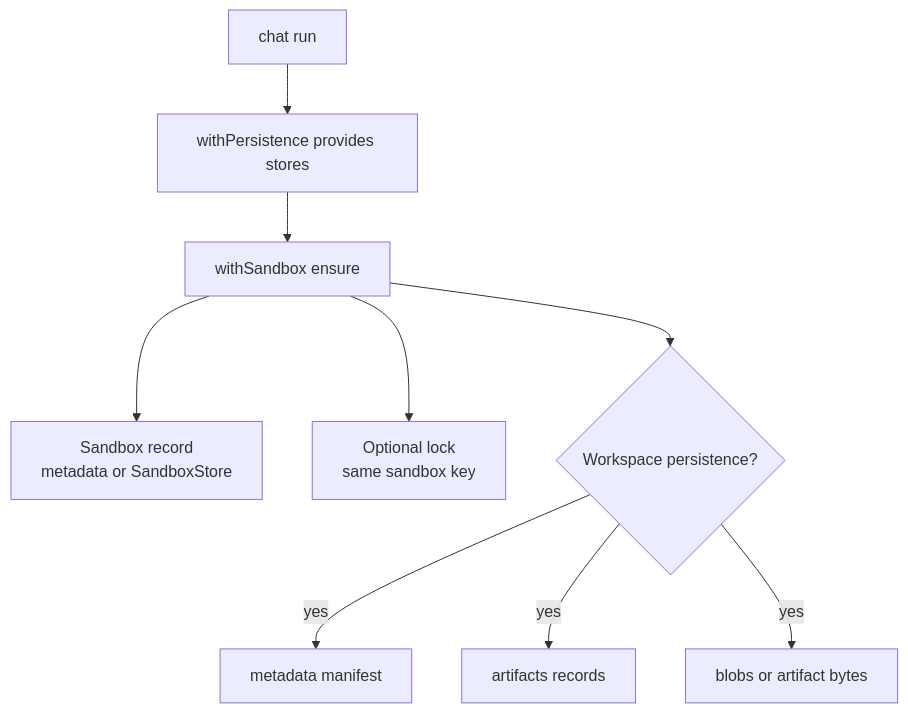
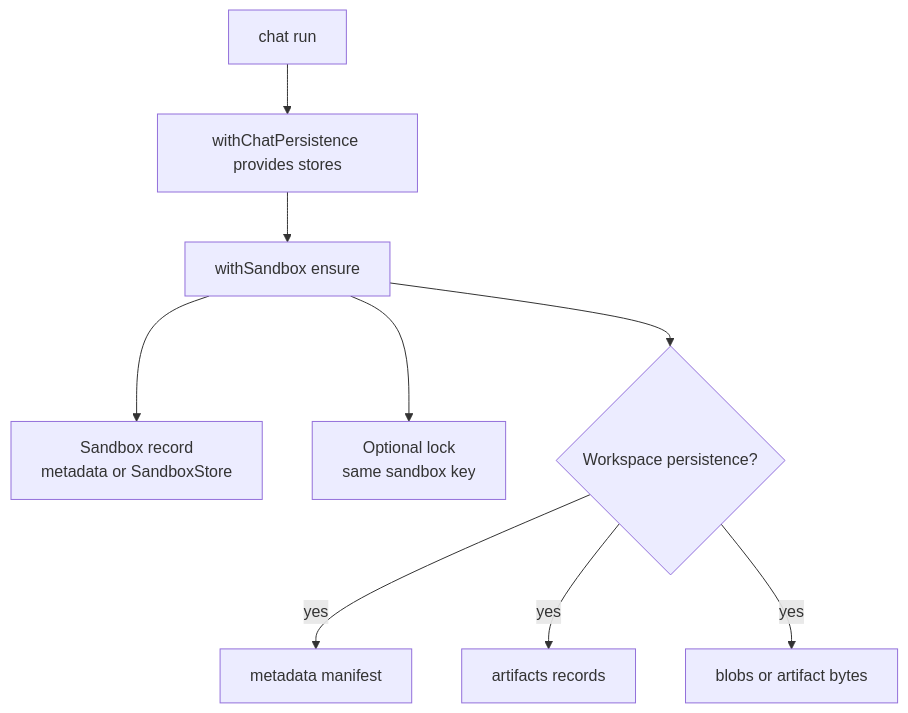
The sixth of 8 diagrams in docs/persistence/internals.md (TanStack/ai), drawn with Mermaid before and after one commit. The commit also changed other lines of this file and 35 other files, not shown here.

First line of the commit message:
feat(persistence): split chat and generation middleware

````diff
--- a/docs/persistence/internals.md
+++ b/docs/persistence/internals.md
@@ -192,11 +220,11 @@
 ```mermaid
 flowchart TD
-  Chat[chat run] --> Persist[withPersistence provides stores]
+  Chat[chat run] --> Persist[withChatPersistence provides stores]
   Persist --> Sandbox[withSandbox ensure]
   Sandbox --> Record[Sandbox record\nmetadata or SandboxStore]
   Sandbox --> Lock[Optional lock\nsame sandbox key]
   Sandbox --> Workspace{Workspace persistence?}
   Workspace -->|yes| Manifest[metadata manifest]
   Workspace -->|yes| Files[artifacts records]
   Workspace -->|yes| Bytes[blobs or artifact bytes]
 ```
````
